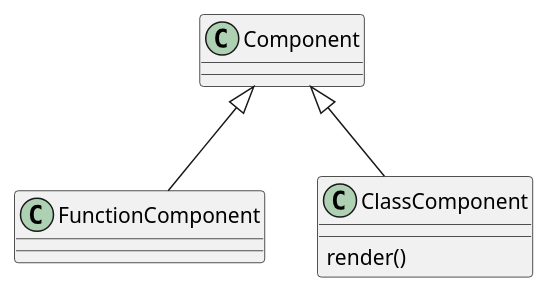
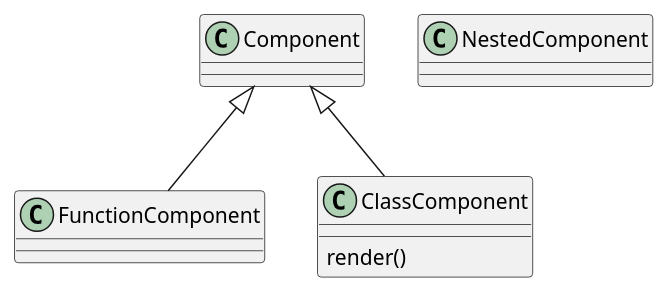
Before and after one commit to 3rdstage/exercise-react: the diagram in docs/react-18.adoc, drawn with PlantUML. The commit also changed other lines of this file and 9 other files, not shown here.

```diff
--- a/docs/react-18.adoc
+++ b/docs/react-18.adoc
@@ -86,16 +87,17 @@
 [plantuml,align=center,opts=inline]
 ....
 @startuml
 
 class Component
 class FunctionComponent
 class ClassComponent{
   render()
 }
+class NestedComponent
 
 Component <|-- FunctionComponent
 Component <|-- ClassComponent
 
 
 @enduml
 ....
```
